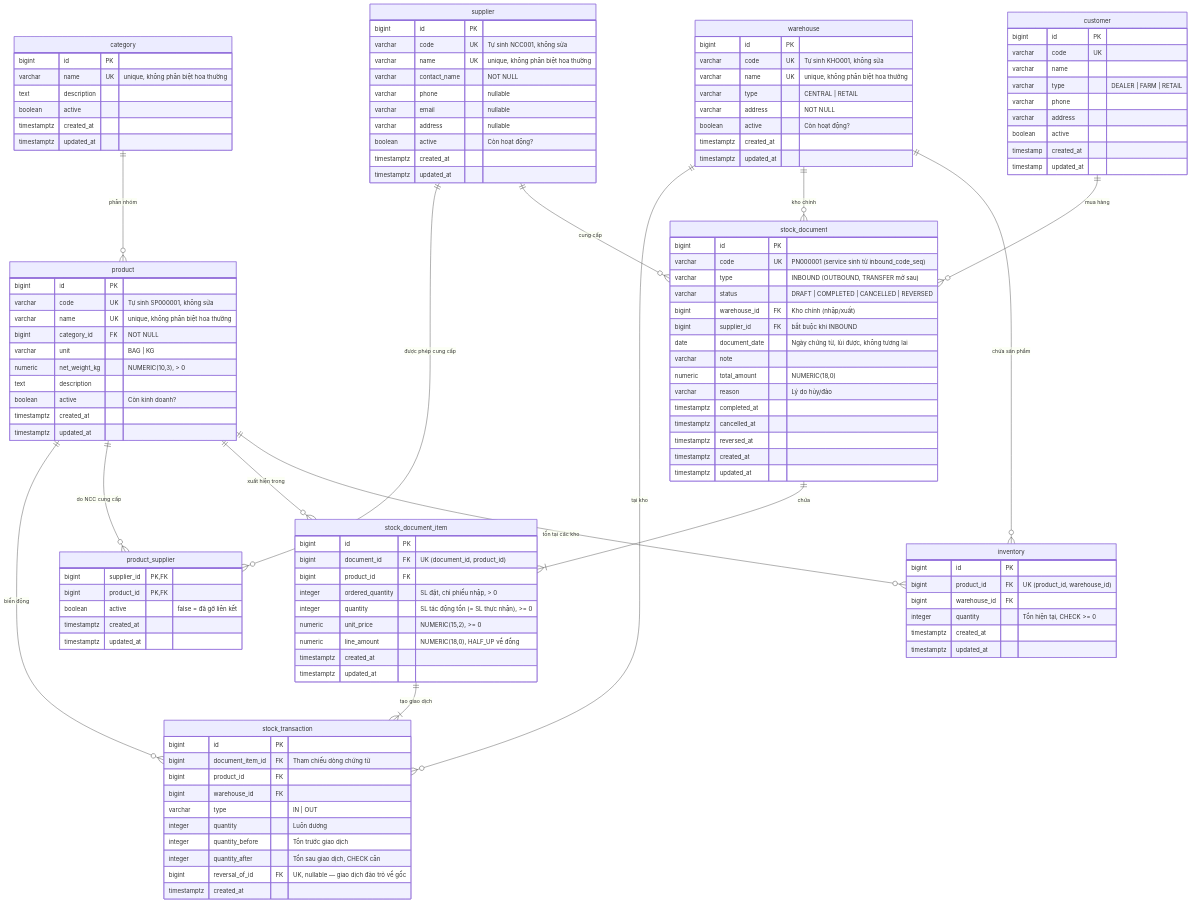
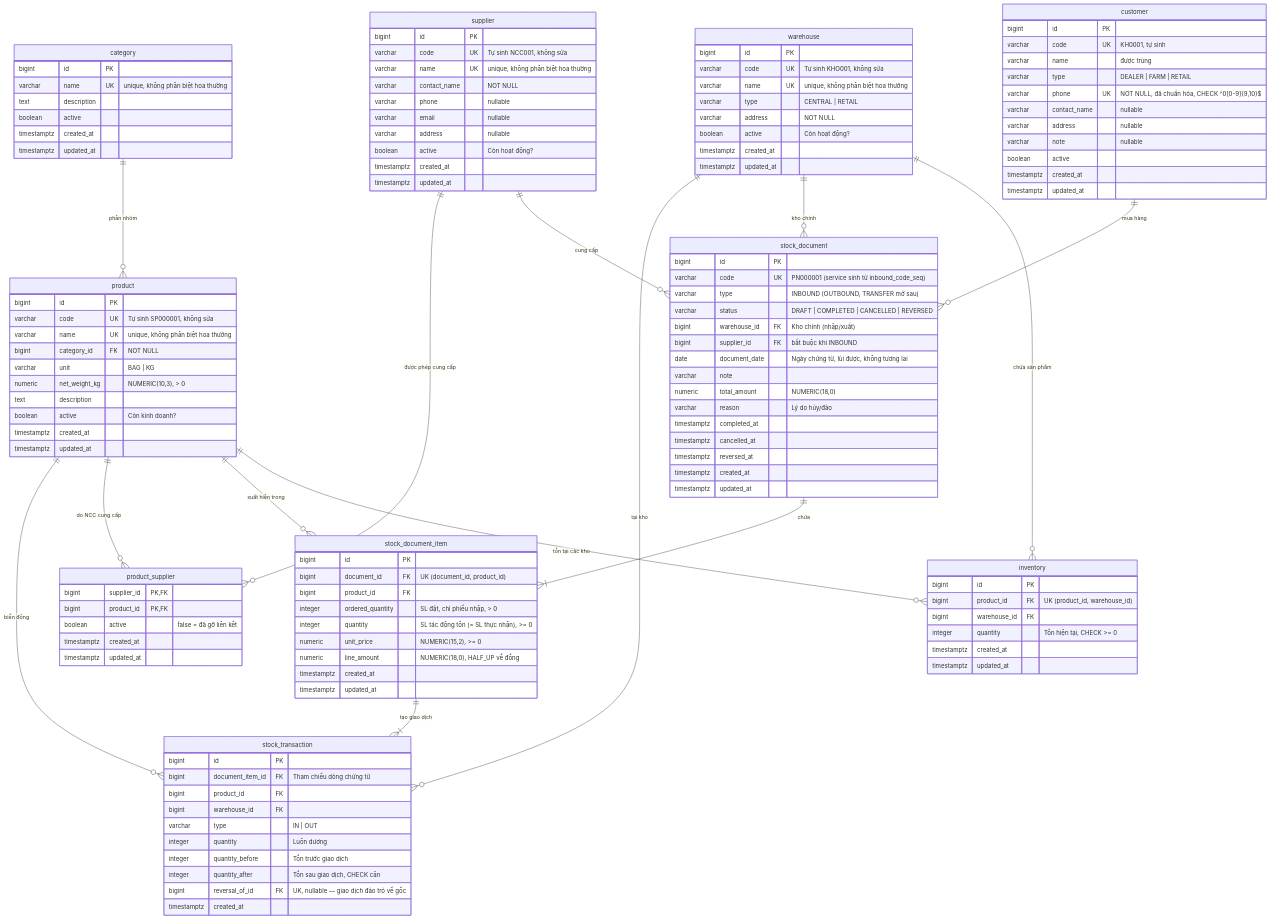
One commit to trungpqvn1203/QuanLyKhoCamVer2 changed the diagram in docs/architecture/database.md. Above: the diagram before and after it, drawn with Mermaid. The commit also changed other lines of this file and 28 other files, not shown here.

```diff
--- a/docs/architecture/database.md
+++ b/docs/architecture/database.md
@@ -77,14 +77,16 @@
 
     customer {
         bigint id PK
-        varchar code UK
-        varchar name
+        varchar code UK "KH0001, tự sinh"
+        varchar name "được trùng"
         varchar type "DEALER | FARM | RETAIL"
-        varchar phone
-        varchar address
+        varchar phone UK "NOT NULL, đã chuẩn hóa, CHECK ^0[0-9]{9,10}$"
+        varchar contact_name "nullable"
+        varchar address "nullable"
+        varchar note "nullable"
         boolean active
-        timestamp created_at
-        timestamp updated_at
+        timestamptz created_at
+        timestamptz updated_at
     }
 
     inventory {
```
